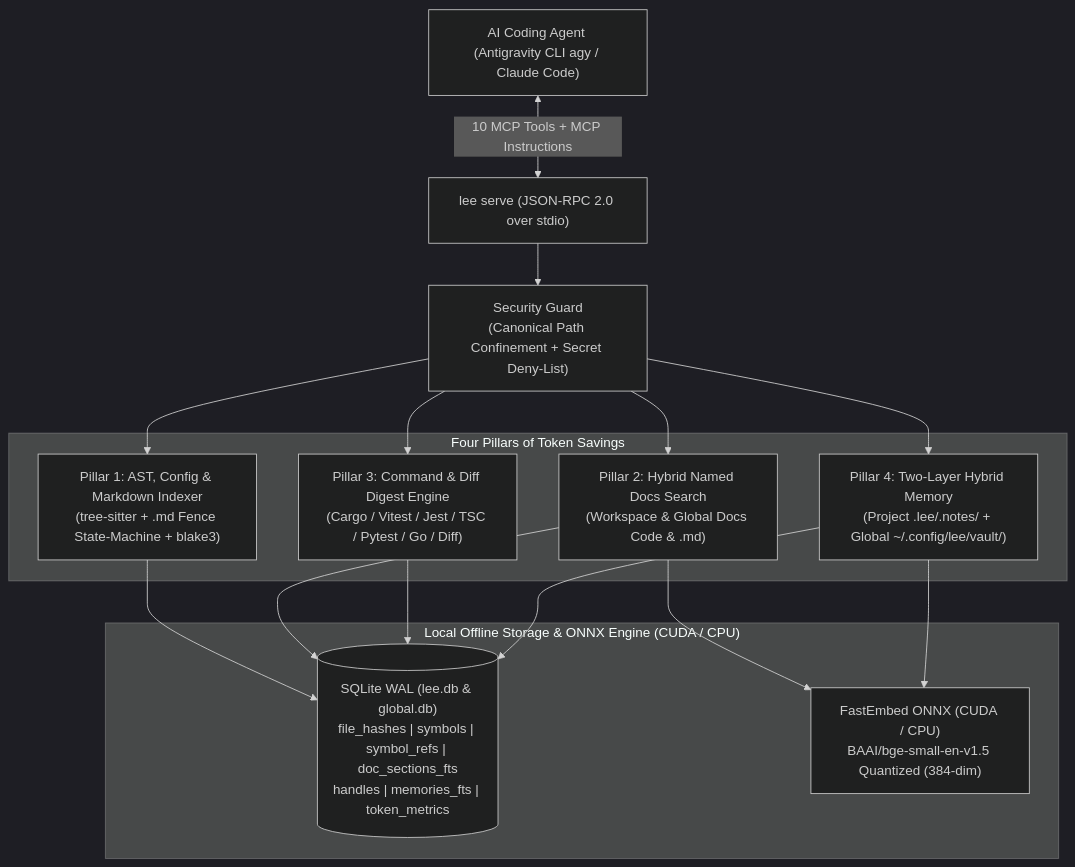
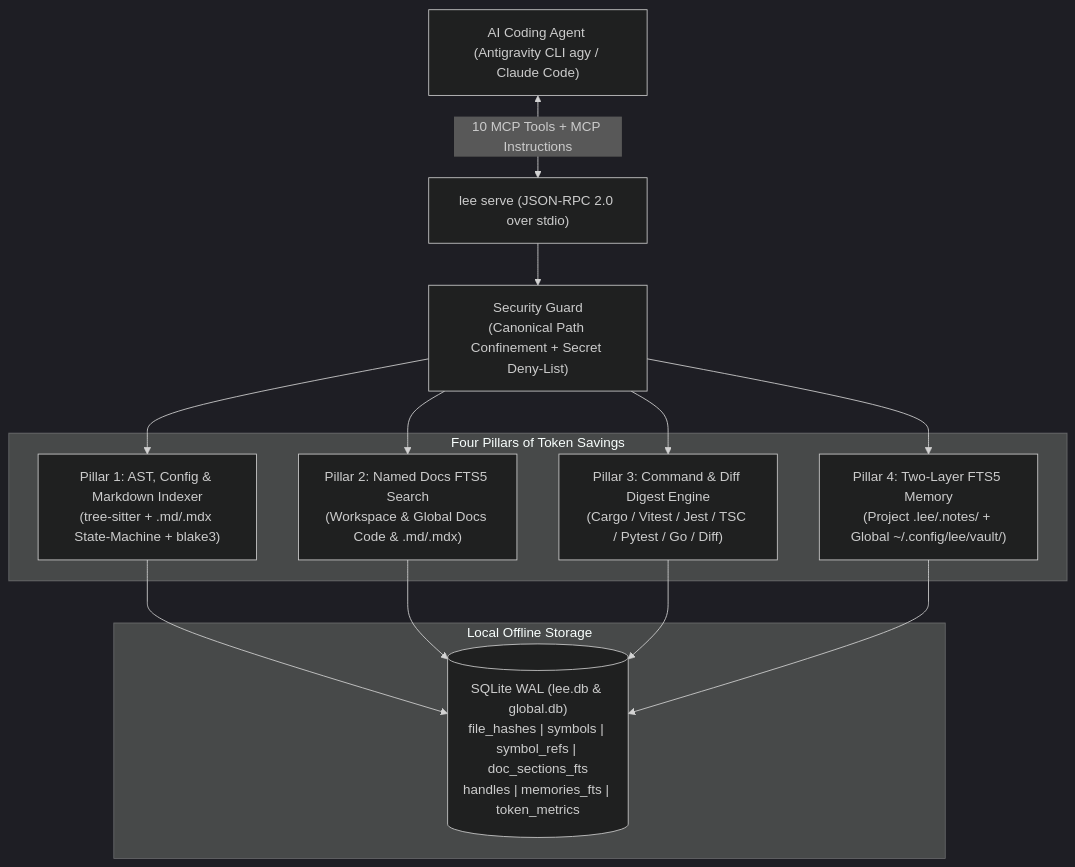
Before and after one commit to 1kaye/lee: the diagram in README.md, drawn with Mermaid (dark theme). The commit also changed other lines of this file and 16 other files, not shown here.

Commit message:
remove ONNX/BGE embeddings and unused deps, add incremental lee docs update, and keep md/mdx code fences intact and index full multi-language code files in registered docs

````diff
--- a/README.md
+++ b/README.md
@@ -26,32 +26,29 @@
 ```mermaid
 flowchart TD
     Agent["AI Coding Agent (Antigravity CLI agy / Claude Code)"]
     MCP["lee serve (JSON-RPC 2.0 over stdio)"]
     Sec["Security Guard\n(Canonical Path Confinement + Secret Deny-List)"]
 
     subgraph Pillars["Four Pillars of Token Savings"]
-        Indexer["Pillar 1: AST, Config & Markdown Indexer\n(tree-sitter + .md Fence State-Machine + blake3)"]
-        DocSearch["Pillar 2: Hybrid Named Docs Search\n(Workspace & Global Docs Code & .md)"]
+        Indexer["Pillar 1: AST, Config & Markdown Indexer\n(tree-sitter + .md/.mdx State-Machine + blake3)"]
+        DocSearch["Pillar 2: Named Docs FTS5 Search\n(Workspace & Global Docs Code & .md/.mdx)"]
         Digest["Pillar 3: Command & Diff Digest Engine\n(Cargo / Vitest / Jest / TSC / Pytest / Go / Diff)"]
-        Memory["Pillar 4: Two-Layer Hybrid Memory\n(Project .lee/.notes/ + Global ~/.config/lee/vault/)"]
+        Memory["Pillar 4: Two-Layer FTS5 Memory\n(Project .lee/.notes/ + Global ~/.config/lee/vault/)"]
     end
 
-    subgraph Storage["Local Offline Storage & ONNX Engine (CUDA / CPU)"]
+    subgraph Storage["Local Offline Storage"]
         DB[("SQLite WAL (lee.db & global.db)\nfile_hashes | symbols | symbol_refs | doc_sections_fts\nhandles | memories_fts | token_metrics")]
-        BGE["FastEmbed ONNX (CUDA / CPU)\nBAAI/bge-small-en-v1.5 Quantized (384-dim)"]
     end
 
     Agent <-->|"10 MCP Tools + MCP Instructions"| MCP
     MCP --> Sec
     Sec --> Indexer
     Sec --> DocSearch
     Sec --> Digest
     Sec --> Memory
 
     Indexer --> DB
-    DocSearch --> BGE
     DocSearch --> DB
     Digest --> DB
-    Memory --> BGE
     Memory --> DB
 ```
````
